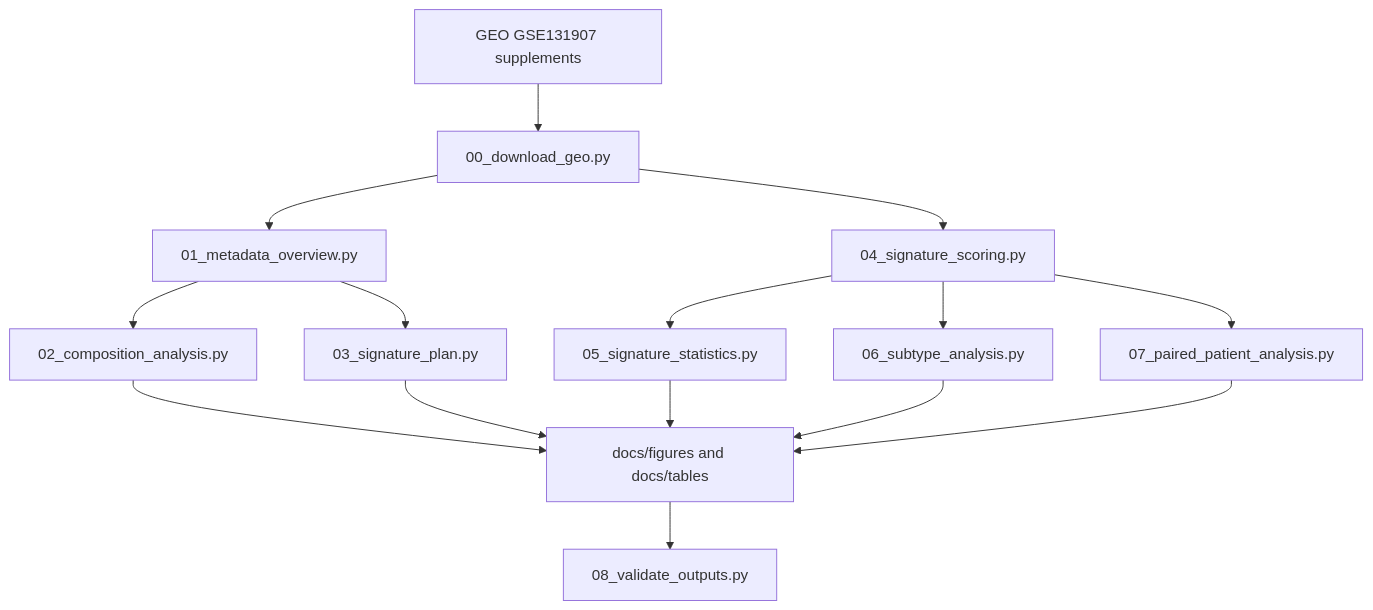
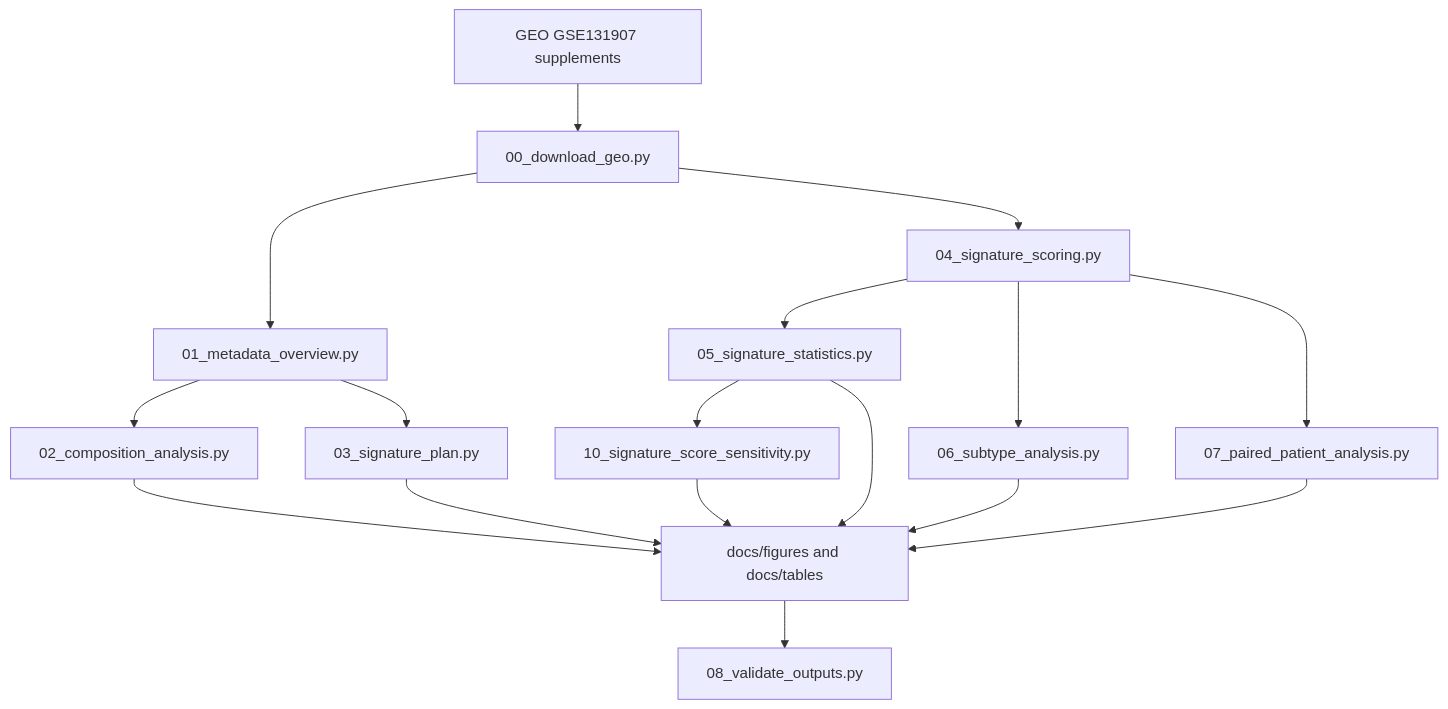
The diagram in docs/methods_overview.md (nsrilaxmi/GSE131907_luad_tme_reanalysis), drawn with Mermaid before and after one commit. The commit also changed other lines of this file and 14 other files, not shown here.

Commit message:
Add signature scoring sensitivity analysis

````diff
--- a/docs/methods_overview.md
+++ b/docs/methods_overview.md
@@ -7,17 +7,19 @@
 ```mermaid
 flowchart TD
     A["GEO GSE131907 supplements"] --> B["00_download_geo.py"]
     B --> C["01_metadata_overview.py"]
     C --> D["02_composition_analysis.py"]
     C --> E["03_signature_plan.py"]
     B --> F["04_signature_scoring.py"]
     F --> G["05_signature_statistics.py"]
     F --> H["06_subtype_analysis.py"]
     F --> I["07_paired_patient_analysis.py"]
+    G --> L["10_signature_score_sensitivity.py"]
     D --> J["docs/figures and docs/tables"]
     E --> J
     G --> J
     H --> J
     I --> J
+    L --> J
     J --> K["08_validate_outputs.py"]
 ```
````
